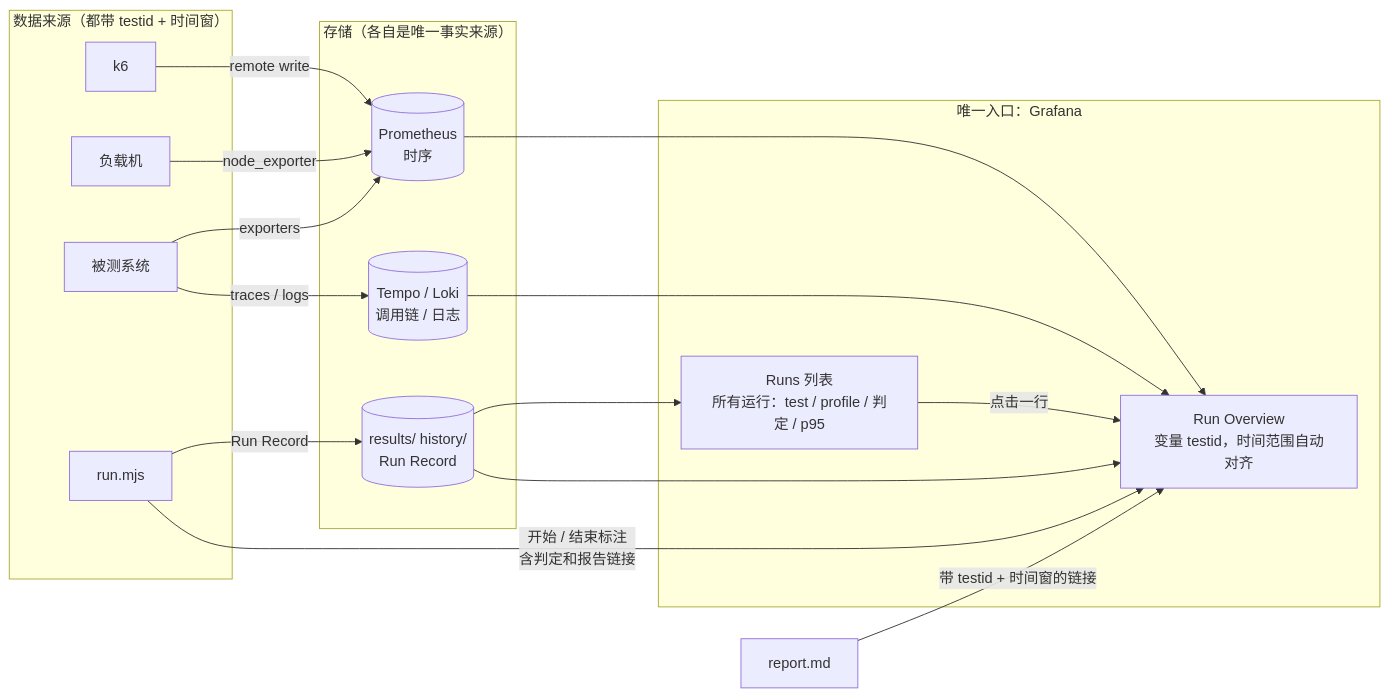
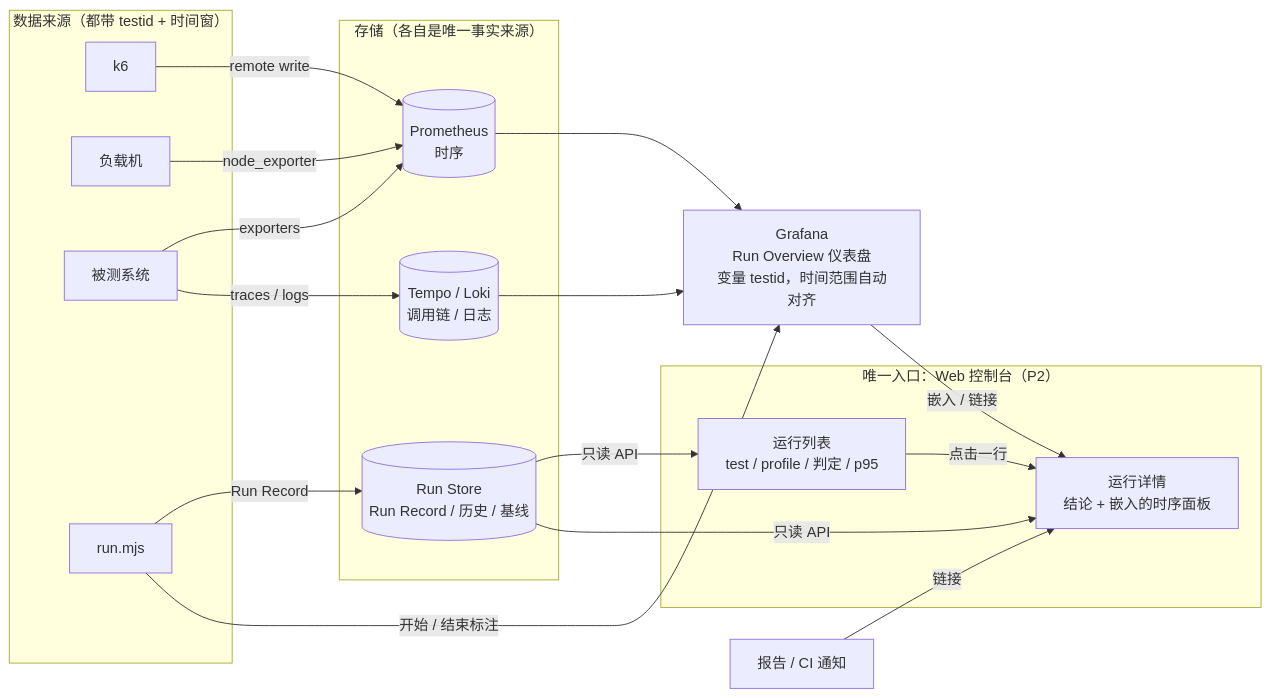
The seventh of 10 diagrams in docs/ARCHITECTURE.md (Leibiner/AI-Performance-Engineering), drawn with Mermaid before and after one commit. The commit also changed other lines of this file and 5 other files, not shown here.

````diff
--- a/docs/ARCHITECTURE.md
+++ b/docs/ARCHITECTURE.md
@@ -385,30 +397,32 @@
 ```mermaid
 flowchart LR
     subgraph SRC["数据来源（都带 testid + 时间窗）"]
         K6[k6]
         LG[负载机]
         SUT[被测系统]
         RUN[run.mjs]
     end
     subgraph STORE["存储（各自是唯一事实来源）"]
         PROM[(Prometheus<br/>时序)]
-        FILES[(results/ history/<br/>Run Record)]
+        RS[(Run Store<br/>Run Record / 历史 / 基线)]
         TEMPO[(Tempo / Loki<br/>调用链 / 日志)]
     end
-    subgraph VIEW["唯一入口：Grafana"]
-        LIST[Runs 列表<br/>所有运行：test / profile / 判定 / p95]
-        OV[Run Overview<br/>变量 testid，时间范围自动对齐]
+    GRAF[Grafana<br/>Run Overview 仪表盘<br/>变量 testid，时间范围自动对齐]
+    subgraph VIEW["唯一入口：Web 控制台（P2）"]
+        LIST[运行列表<br/>test / profile / 判定 / p95]
+        DETAIL[运行详情<br/>结论 + 嵌入的时序面板]
     end
     K6 -->|remote write| PROM
     LG -->|node_exporter| PROM
     SUT -->|exporters| PROM
     SUT -->|traces / logs| TEMPO
-    RUN -->|Run Record| FILES
-    RUN -->|开始 / 结束标注<br/>含判定和报告链接| OV
-    PROM --> OV
-    FILES --> LIST
-    FILES --> OV
-    TEMPO --> OV
-    LIST -->|点击一行| OV
-    RPT[report.md] -->|带 testid + 时间窗的链接| OV
+    RUN -->|Run Record| RS
+    RUN -->|开始 / 结束标注| GRAF
+    PROM --> GRAF
+    TEMPO --> GRAF
+    RS -->|只读 API| LIST
+    RS -->|只读 API| DETAIL
+    GRAF -->|嵌入 / 链接| DETAIL
+    LIST -->|点击一行| DETAIL
+    RPT[报告 / CI 通知] -->|链接| DETAIL
 ```
````
